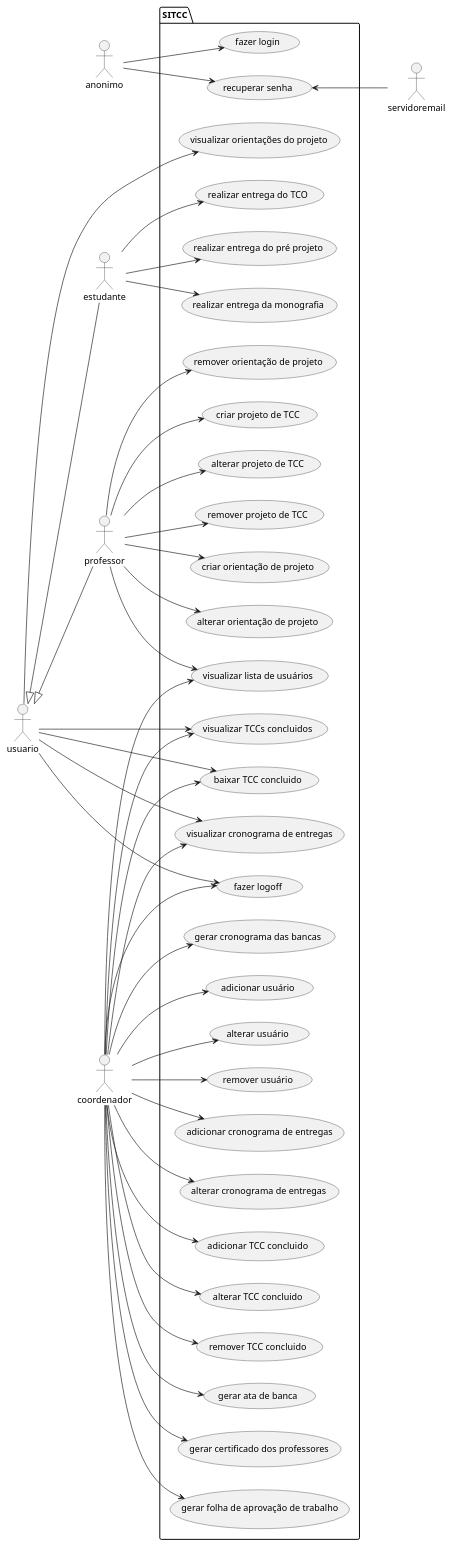
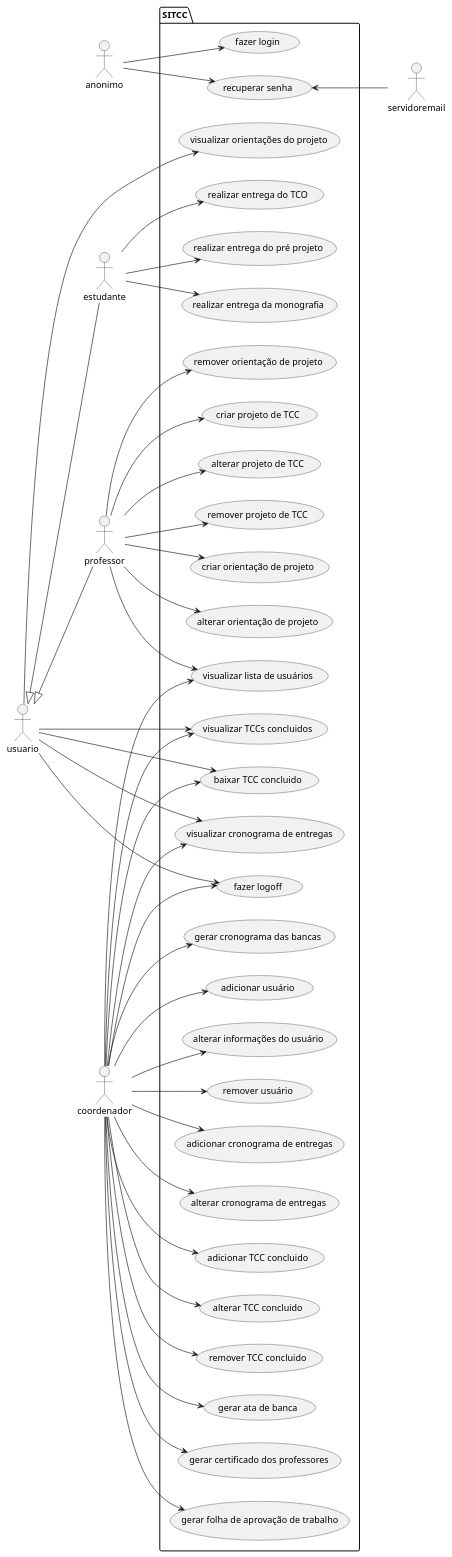
The diagram in reqs.md (EngProjTCC/SITCC), drawn with PlantUML before and after one commit.

```diff
--- a/reqs.md
+++ b/reqs.md
@@ -51,7 +51,7 @@
   usecase "remover orientação de projeto" as UC16
   usecase "visualizar lista de usuários" as UC17
   usecase "adicionar usuário" as UC18
-  usecase "alterar usuário" as UC19
+  usecase "alterar informações do usuário" as UC19
   usecase "remover usuário" as UC20
   usecase "adicionar cronograma de entregas" as UC21
   usecase "alterar cronograma de entregas" as UC22
```
